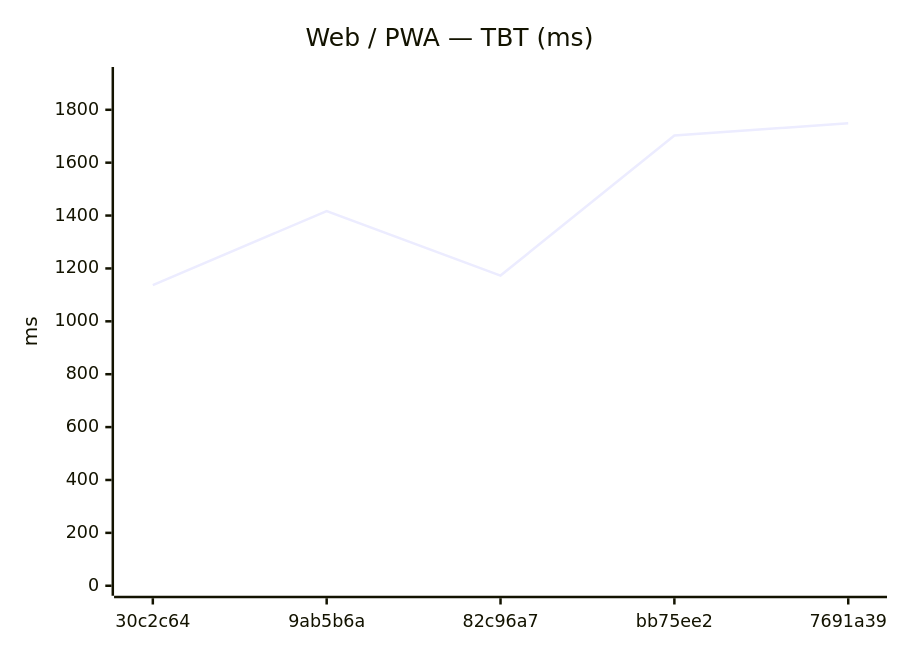
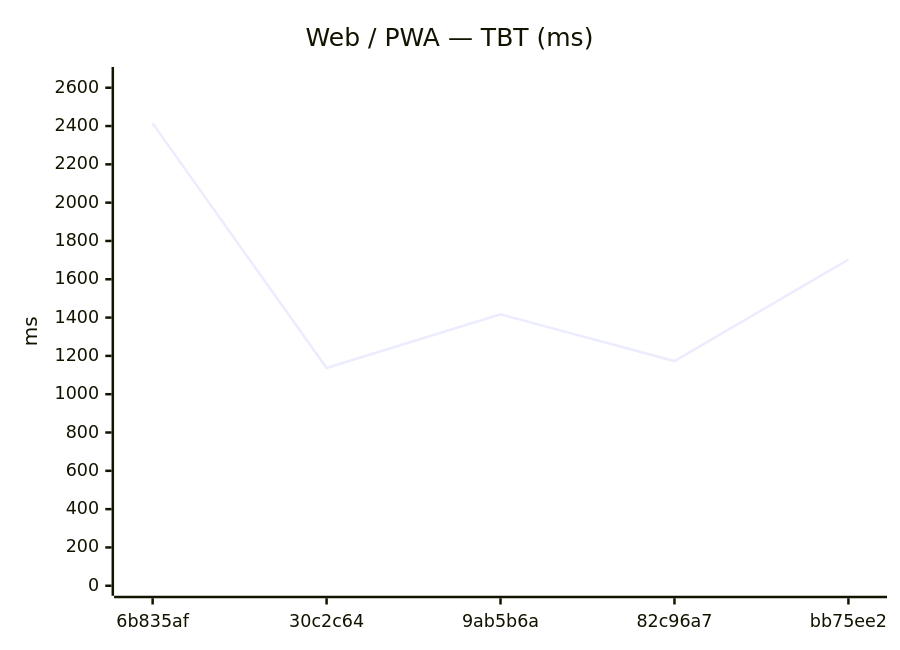
Before and after one commit to Metaheurist/Rianell: the sixth of 12 diagrams in benchmarks/compare.md, drawn with Mermaid. The commit also changed other lines of this file and 8 other files, not shown here.

````diff
--- a/benchmarks/compare.md
+++ b/benchmarks/compare.md
@@ -89,7 +89,7 @@
 ```mermaid
 xychart-beta
     title "Web / PWA — TBT (ms)"
-    x-axis ["30c2c64", "9ab5b6a", "82c96a7", "bb75ee2", "7691a39"]
-    y-axis "ms" 0 --> 1924
-    line [1137, 1417, 1173, 1703, 1749]
+    x-axis ["6b835af", "30c2c64", "9ab5b6a", "82c96a7", "bb75ee2"]
+    y-axis "ms" 0 --> 2656
+    line [2414, 1137, 1417, 1173, 1703]
 ```
````
